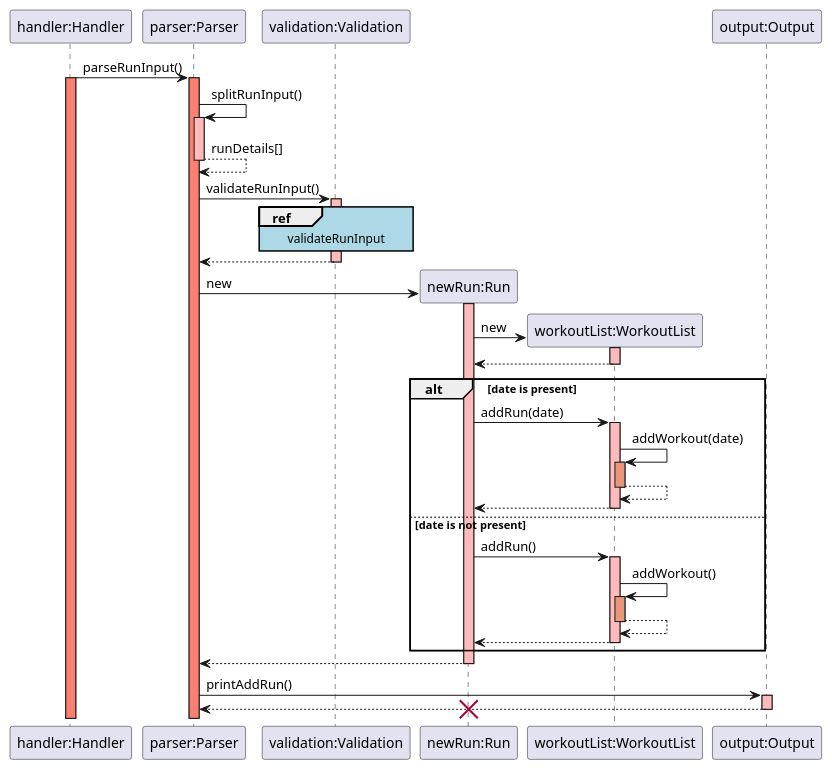
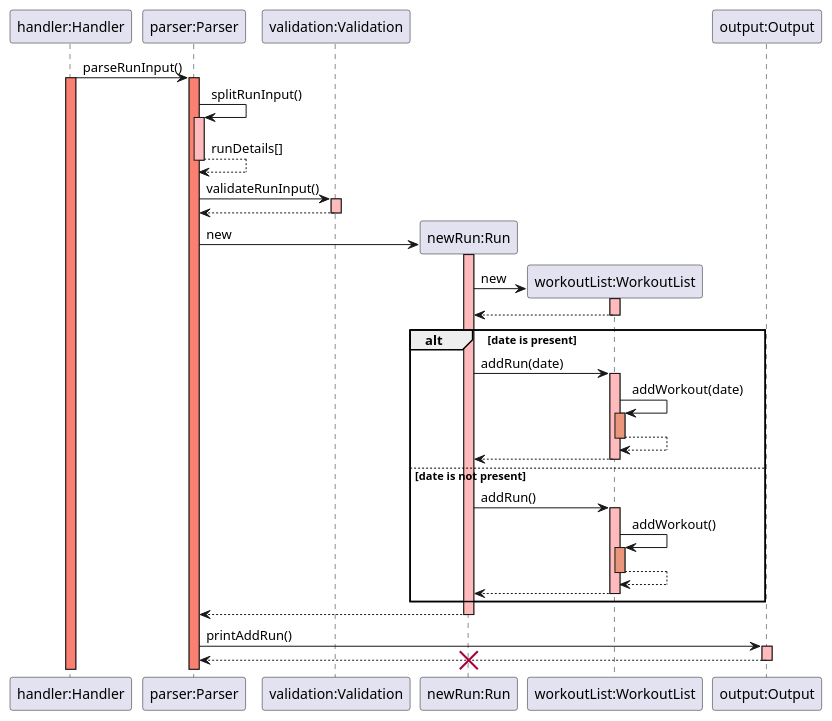
The diagram in docs/puml/sequence_diagrams/run_sequence_diagram.puml (rouvinerh/tp), drawn with PlantUML before and after one commit. The commit also changed 7 other files, not shown here.

```diff
--- a/docs/puml/sequence_diagrams/run_sequence_diagram.puml
+++ b/docs/puml/sequence_diagrams/run_sequence_diagram.puml
@@ -1,62 +1,61 @@
 @startuml
 skinparam sequenceReferenceBackgroundColor lightblue
 
 participant "handler:Handler" as Handler
 
 participant "parser:Parser" as Parser
 participant "validation:Validation" as Validation
 participant "newRun:Run" as Run
 participant "workoutList:WorkoutList" as WorkoutList
 participant "output:Output" as Output
 
 Handler -> Parser: parseRunInput()
 activate Handler #salmon
 activate Parser #salmon
 
 Parser -> Parser: splitRunInput()
 activate Parser #FFBBBB
 Parser --> Parser: runDetails[]
 deactivate Parser #FFBBBB
 
 Parser -> Validation: validateRunInput()
 activate Validation #FFBBBB
-ref over Validation: validateRunInput 
 Validation --> Parser: 
 deactivate Validation
 
 Parser -> Run **: new
 activate Run #FFBBBB   
 Run -> WorkoutList **: new
 activate WorkoutList #FFBBBB
 WorkoutList --> Run:
 deactivate WorkoutList #FFBBBB
 
 alt date is present
     Run -> WorkoutList: addRun(date)
     activate WorkoutList #FFBBBB
     WorkoutList -> WorkoutList: addWorkout(date)
     activate WorkoutList #DarkSalmon
     WorkoutList --> WorkoutList:
     deactivate WorkoutList #DarkSalmon
     WorkoutList --> Run:
     deactivate WorkoutList #FFBBBB
 
  
 else date is not present
     Run -> WorkoutList: addRun()
     activate WorkoutList #FFBBBB
     WorkoutList -> WorkoutList: addWorkout()
     activate WorkoutList #DarkSalmon
     WorkoutList --> WorkoutList:
     deactivate WorkoutList #DarkSalmon
     WorkoutList --> Run:
     deactivate WorkoutList #FFBBBB
 end
 Run --> Parser:
 deactivate Run #FFBBBB
 Parser -> Output: printAddRun()
 activate Output #FFBBBB
 Output --> Parser:
 deactivate Output #FFBBBB
 destroy Run
 @enduml
```
